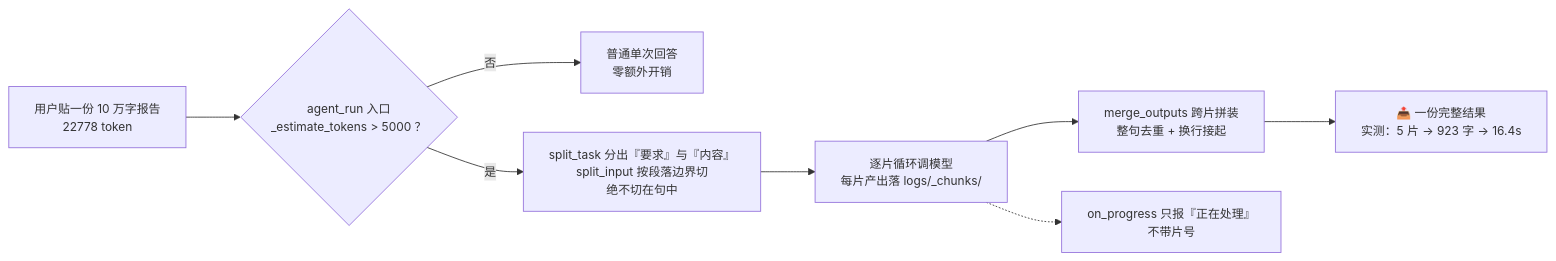
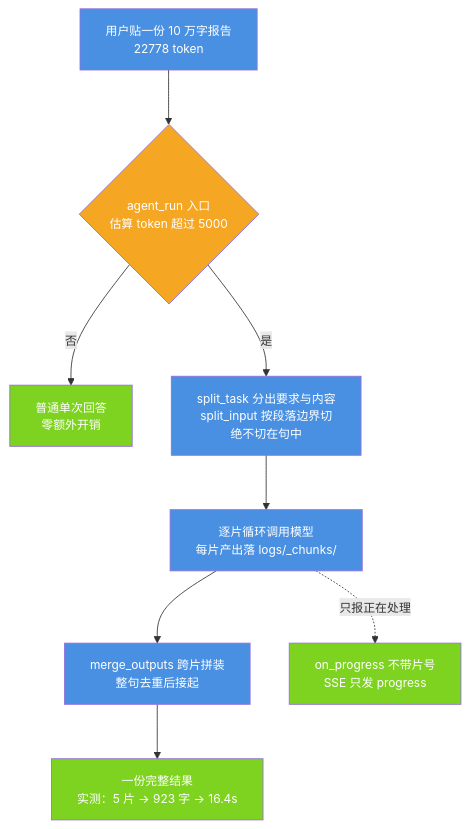
One commit to jiangchuangege/xiaojiao-harnees changed the second of 7 diagrams in docs/six-infinity.md. Above: the diagram before and after it, drawn with Mermaid. The commit also changed other lines of this file, not shown here.

Commit message:
docs: six-infinity 重写收尾（补 rerank 二次判断层与拆分开的延迟判据，12 张图重画）

````diff
--- a/docs/six-infinity.md
+++ b/docs/six-infinity.md
@@ -326,11 +417,19 @@
 ```mermaid
 %%{init: {"themeVariables": {"fontSize": "14px"}, "flowchart": {"htmlLabels": true, "wrappingWidth": 320, "nodeSpacing": 46, "rankSpacing": 64, "useMaxWidth": true}}}%%
-flowchart LR
-    D["用户贴一份 10 万字报告<br/>22778 token"] --> C{"agent_run 入口<br/>_estimate_tokens &gt; 5000 ？"}
-    C -->|否| N["普通单次回答<br/>零额外开销"]
-    C -->|是| S["split_task 分出『要求』与『内容』<br/>split_input 按段落边界切<br/>绝不切在句中"]
-    S --> L["逐片循环调模型<br/>每片产出落 logs/_chunks/"]
-    L --> A["merge_outputs 跨片拼装<br/>整句去重 + 换行接起"]
-    A --> O["📤 一份完整结果<br/>实测：5 片 → 923 字 → 16.4s"]
-    L -.-> P["on_progress 只报『正在处理』<br/>不带片号"]
+flowchart TB
+    D["用户贴一份 10 万字报告<br/>22778 token"] --> C{"agent_run 入口<br/>估算 token 超过 5000"}
+    C -->|"否"| N["普通单次回答<br/>零额外开销"]
+    C -->|"是"| S["split_task 分出要求与内容<br/>split_input 按段落边界切<br/>绝不切在句中"]
+    S --> L["逐片循环调用模型<br/>每片产出落 logs/_chunks/"]
+    L --> A["merge_outputs 跨片拼装<br/>整句去重后接起"]
+    A --> O["一份完整结果<br/>实测：5 片 → 923 字 → 16.4s"]
+    L -.->|"只报正在处理"| P["on_progress 不带片号<br/>SSE 只发 progress"]
+    style D fill:#4A90E2,color:#fff
+    style C fill:#F5A623,color:#fff
+    style N fill:#7ED321,color:#fff
+    style S fill:#4A90E2,color:#fff
+    style L fill:#4A90E2,color:#fff
+    style A fill:#4A90E2,color:#fff
+    style O fill:#7ED321,color:#fff
+    style P fill:#7ED321,color:#fff
 ```
````
